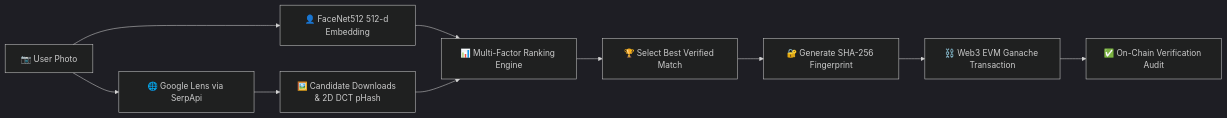
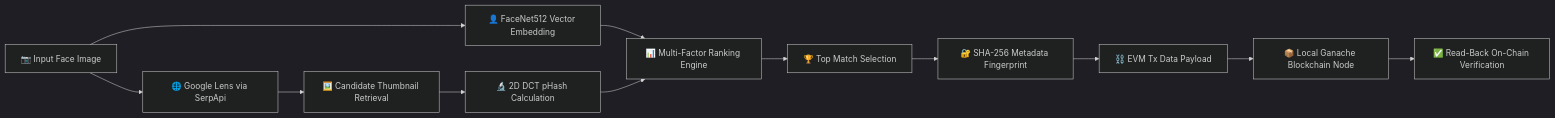
Before and after one commit to SuryaNandan07/Face_search_blockchain: the diagram in README.md, drawn with Mermaid (dark theme). The commit also changed other lines of this file and 3 other files, not shown here.

````diff
--- a/README.md
+++ b/README.md
@@ -49,12 +96,14 @@
 ```mermaid
 flowchart LR
-    A[📷 User Photo] --> B[👤 FaceNet512 512-d Embedding]
+    A[📷 Input Face Image] --> B[👤 FaceNet512 Vector Embedding]
     A --> C[🌐 Google Lens via SerpApi]
-    C --> D[🖼️ Candidate Downloads & 2D DCT pHash]
-    B --> E[📊 Multi-Factor Ranking Engine]
-    D --> E
-    E --> F[🏆 Select Best Verified Match]
-    F --> G[🔐 Generate SHA-256 Fingerprint]
-    G --> H[⛓️ Web3 EVM Ganache Transaction]
-    H --> I[✅ On-Chain Verification Audit]
+    C --> D[🖼️ Candidate Thumbnail Retrieval]
+    D --> E[🔬 2D DCT pHash Calculation]
+    B --> F[📊 Multi-Factor Ranking Engine]
+    E --> F
+    F --> G[🏆 Top Match Selection]
+    G --> H[🔐 SHA-256 Metadata Fingerprint]
+    H --> I[⛓️ EVM Tx Data Payload]
+    I --> J[📦 Local Ganache Blockchain Node]
+    J --> K[✅ Read-Back On-Chain Verification]
 ```
````
